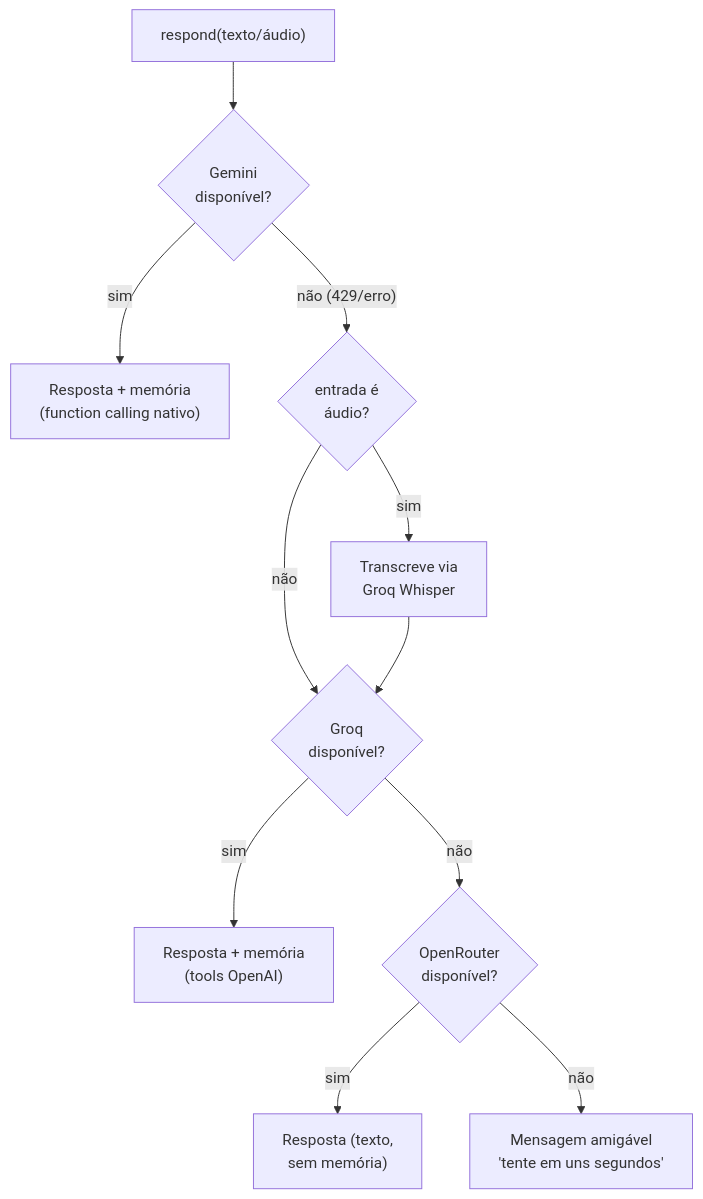
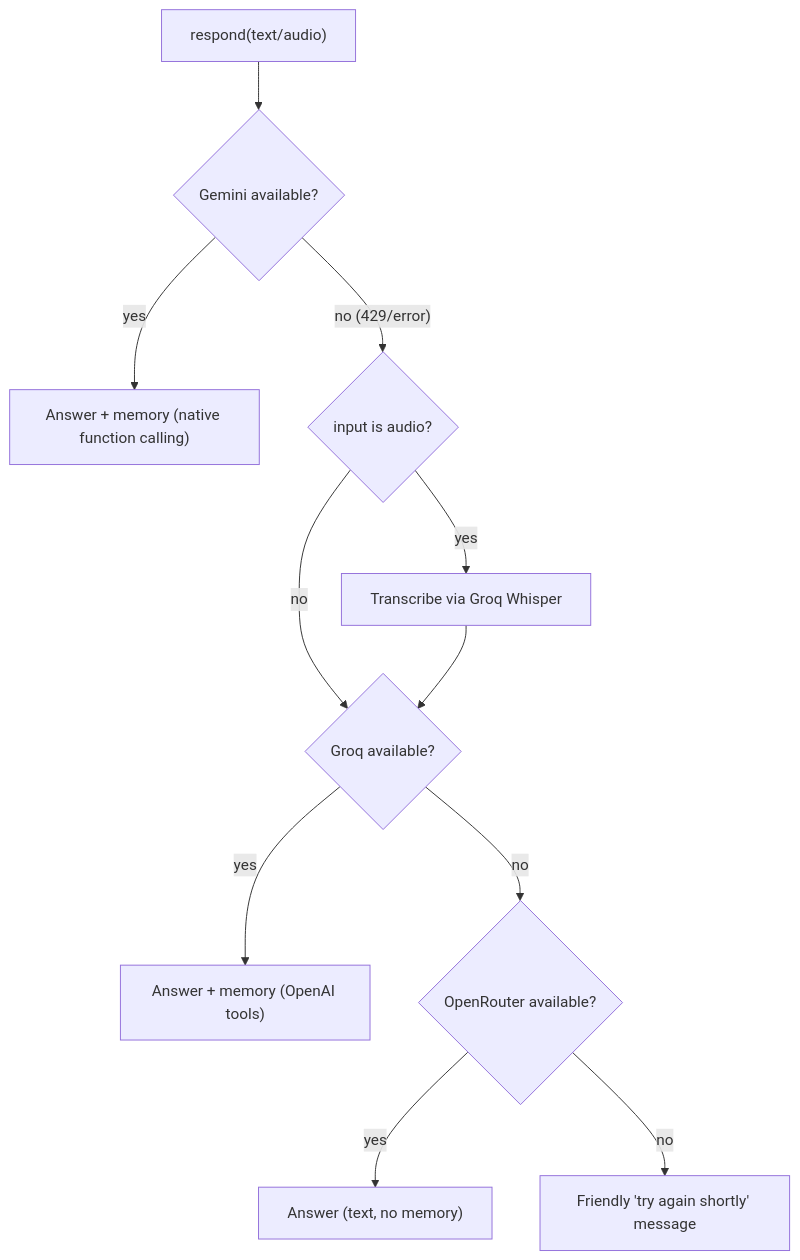
Before and after one commit to Ryanditko/E.V: the second of 4 diagrams in docs/architecture.md, drawn with Mermaid. The commit also changed other lines of this file and 13 other files, not shown here.

First line of the commit message:
Add reminders scheduler, web/calendar/email tools, terminal REPL, vector memory

````diff
--- a/docs/architecture.md
+++ b/docs/architecture.md
@@ -45,13 +56,13 @@
 ```mermaid
 flowchart TD
-    START["respond(texto/áudio)"] --> GEM{"Gemini\ndisponível?"}
-    GEM -- sim --> GEMOK["Resposta + memória\n(function calling nativo)"]
-    GEM -- "não (429/erro)" --> AUD{"entrada é\náudio?"}
-    AUD -- sim --> WHIS["Transcreve via\nGroq Whisper"]
-    AUD -- não --> GROQ
-    WHIS --> GROQ{"Groq\ndisponível?"}
-    GROQ -- sim --> GROQOK["Resposta + memória\n(tools OpenAI)"]
-    GROQ -- não --> OR{"OpenRouter\ndisponível?"}
-    OR -- sim --> OROK["Resposta (texto,\nsem memória)"]
-    OR -- não --> DOWN["Mensagem amigável\n'tente em uns segundos'"]
+    START["respond(text/audio)"] --> GEM{"Gemini available?"}
+    GEM -- yes --> GEMOK["Answer + memory (native function calling)"]
+    GEM -- "no (429/error)" --> AUD{"input is audio?"}
+    AUD -- yes --> WHIS["Transcribe via Groq Whisper"]
+    AUD -- no --> GROQ
+    WHIS --> GROQ{"Groq available?"}
+    GROQ -- yes --> GROQOK["Answer + memory (OpenAI tools)"]
+    GROQ -- no --> OR{"OpenRouter available?"}
+    OR -- yes --> OROK["Answer (text, no memory)"]
+    OR -- no --> DOWN["Friendly 'try again shortly' message"]
 ```
````
